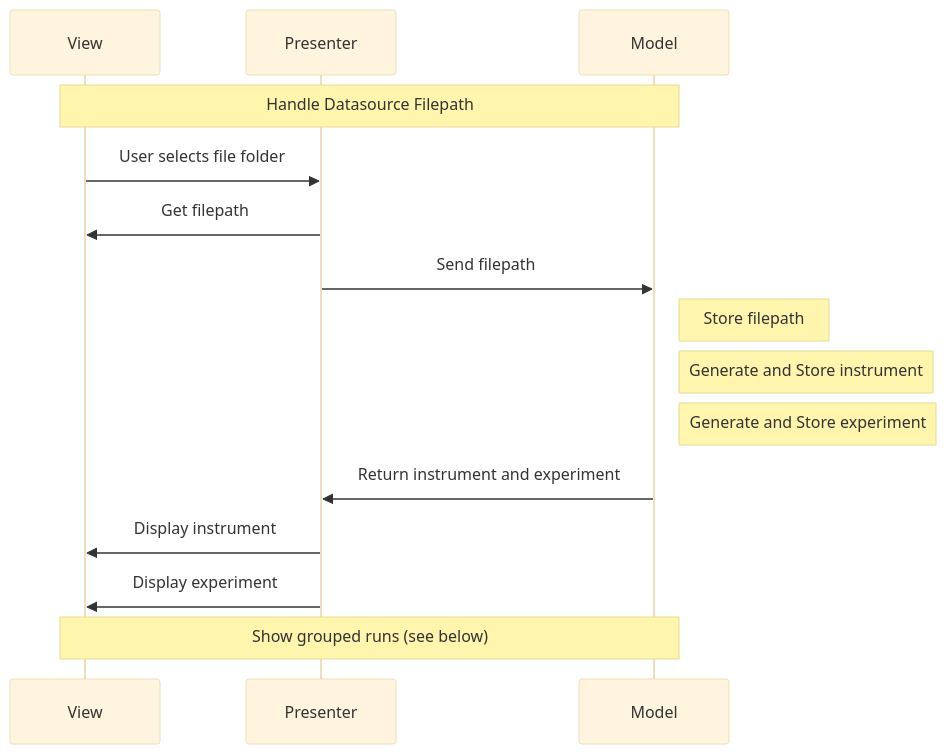
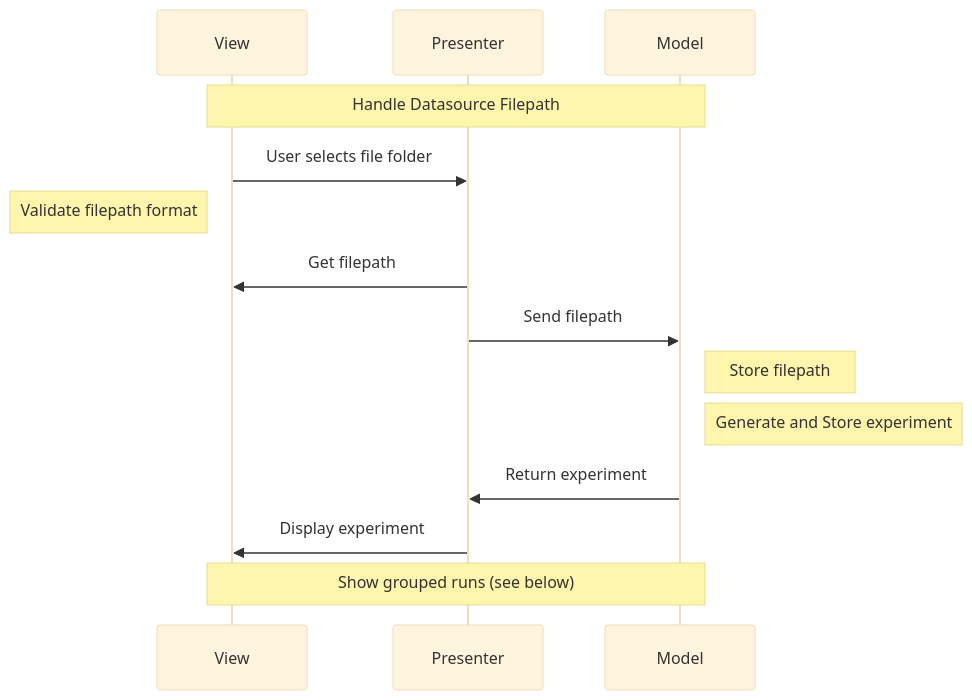
One commit to neutrons/garnet changed the fourth of 9 diagrams in docs/source/design/oncat_mvp.rst. Above: the diagram before and after it, drawn with Mermaid (base theme). The commit also changed other lines of this file and 4 other files, not shown here.

```diff
--- a/docs/source/design/oncat_mvp.rst
+++ b/docs/source/design/oncat_mvp.rst
@@ -109,18 +117,17 @@
-.. mermaid::
+        .. mermaid::
 
-    sequenceDiagram
-        participant View
-        participant Presenter
-        participant Model
+            sequenceDiagram
+                participant View
+                participant Presenter
+                participant Model
 
-        Note over View,Model: Handle Datasource Filepath
-        View->>Presenter: User selects file folder
-        Presenter->>View: Get filepath
-        Presenter->>Model: Send filepath
-        Note right of Model: Store filepath
-        Note right of Model: Generate and Store instrument
-        Note right of Model: Generate and Store experiment
-        Model->>Presenter: Return instrument and experiment
-        Presenter->>View: Display instrument
-        Presenter->>View: Display experiment
-        Note over View,Model: Show grouped runs (see below)
+                Note over View,Model: Handle Datasource Filepath
+                View->>Presenter: User selects file folder
+                Note left of View: Validate filepath format
+                Presenter->>View: Get filepath
+                Presenter->>Model: Send filepath
+                Note right of Model: Store filepath
+                Note right of Model: Generate and Store experiment
+                Model->>Presenter: Return experiment
+                Presenter->>View: Display experiment
+                Note over View,Model: Show grouped runs (see below)
```
